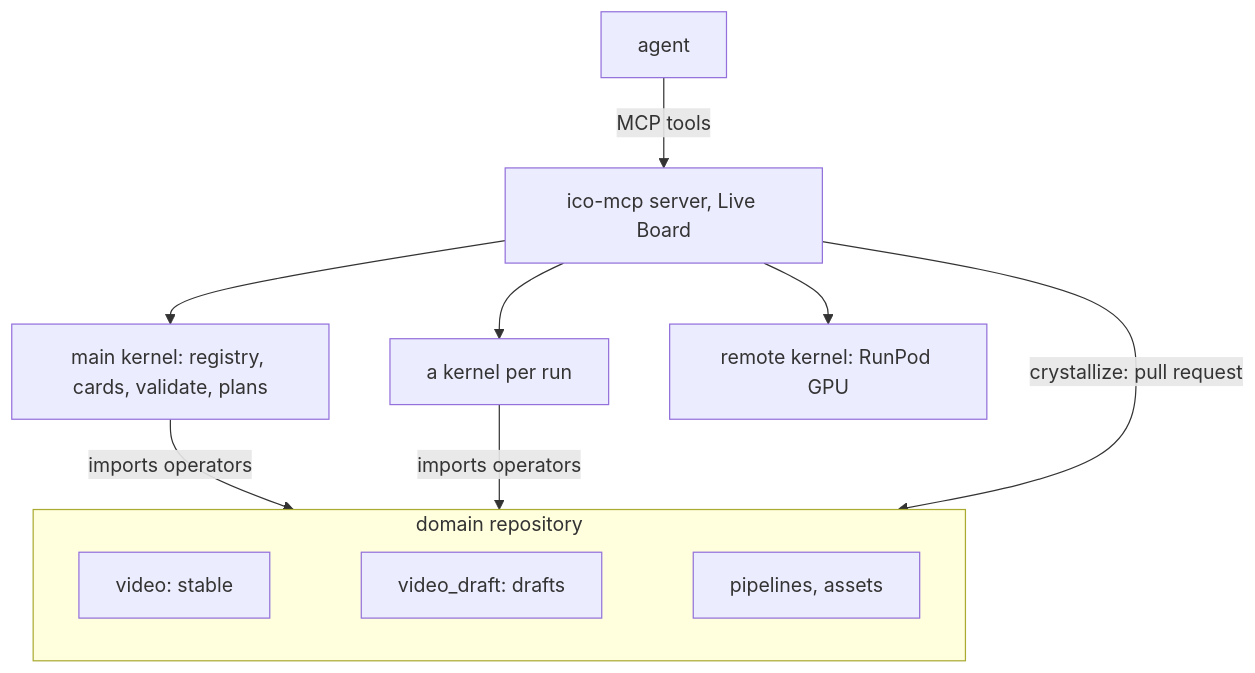
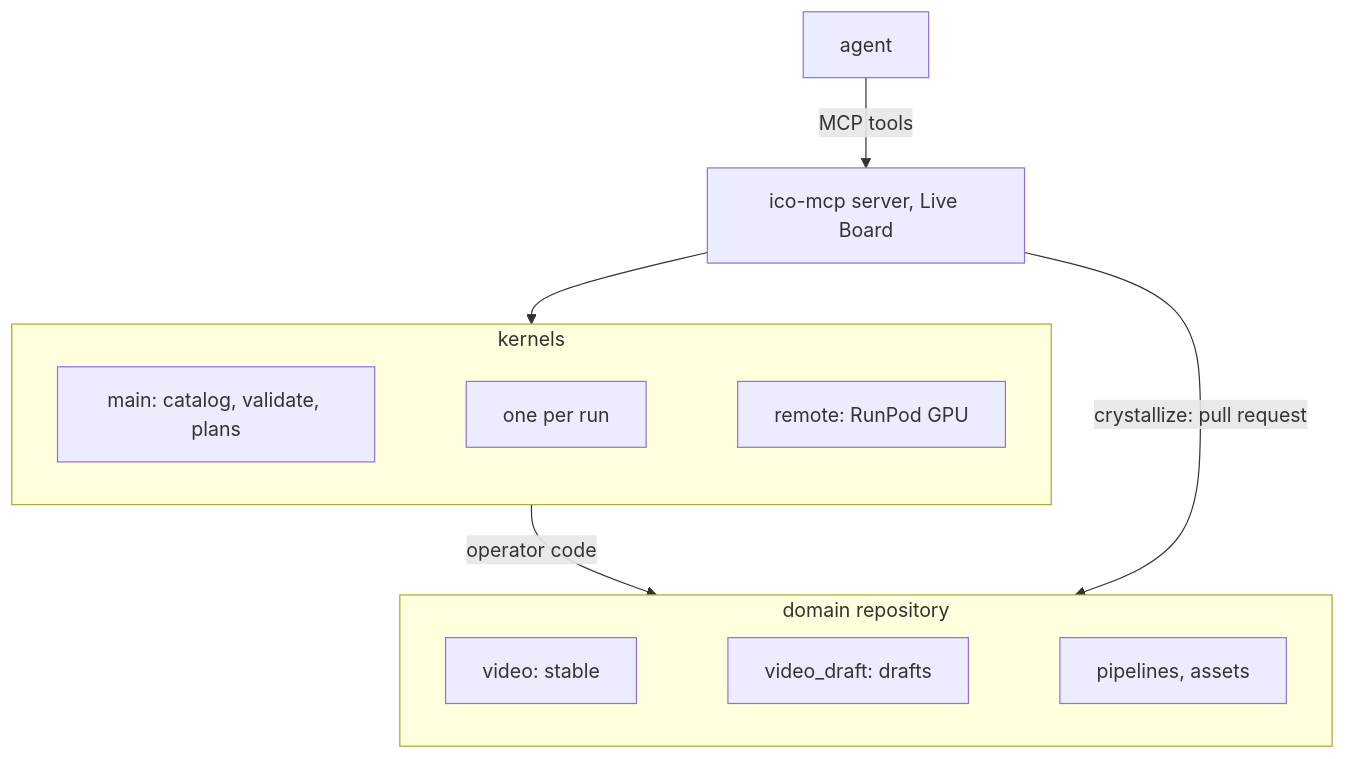
Before and after one commit to apriori3d/ico-mcp: the diagram in README.md, drawn with Mermaid. The commit also changed other lines of this file, not shown here.

Commit message:
README: kernels as one group, a shorter flow line

````diff
--- a/README.md
+++ b/README.md
@@ -24,14 +24,15 @@
 ```mermaid
 flowchart TB
   A["agent"] -- "MCP tools" --> S["ico-mcp server, Live Board"]
-  S --> K["main kernel: registry, cards, validate, plans"]
-  S --> J["a kernel per run"]
-  S --> X["remote kernel: RunPod GPU"]
-  K -- "imports operators" --> D
-  J -- "imports operators" --> D
+  S --> kernels
+  subgraph kernels["kernels"]
+    direction LR
+    K["main: catalog, validate, plans"] ~~~ J["one per run"] ~~~ X["remote: RunPod GPU"]
+  end
+  kernels -- "operator code" --> D
   S -- "crystallize: pull request" --> D
   subgraph D["domain repository"]
     direction LR
     P["video: stable"] ~~~ Q["video_draft: drafts"] ~~~ L["pipelines, assets"]
   end
 ```
````
